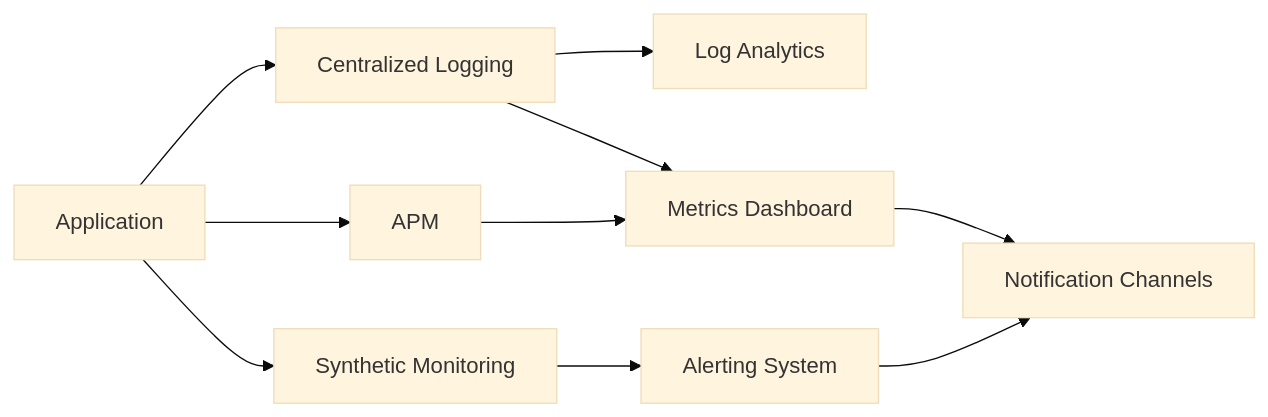
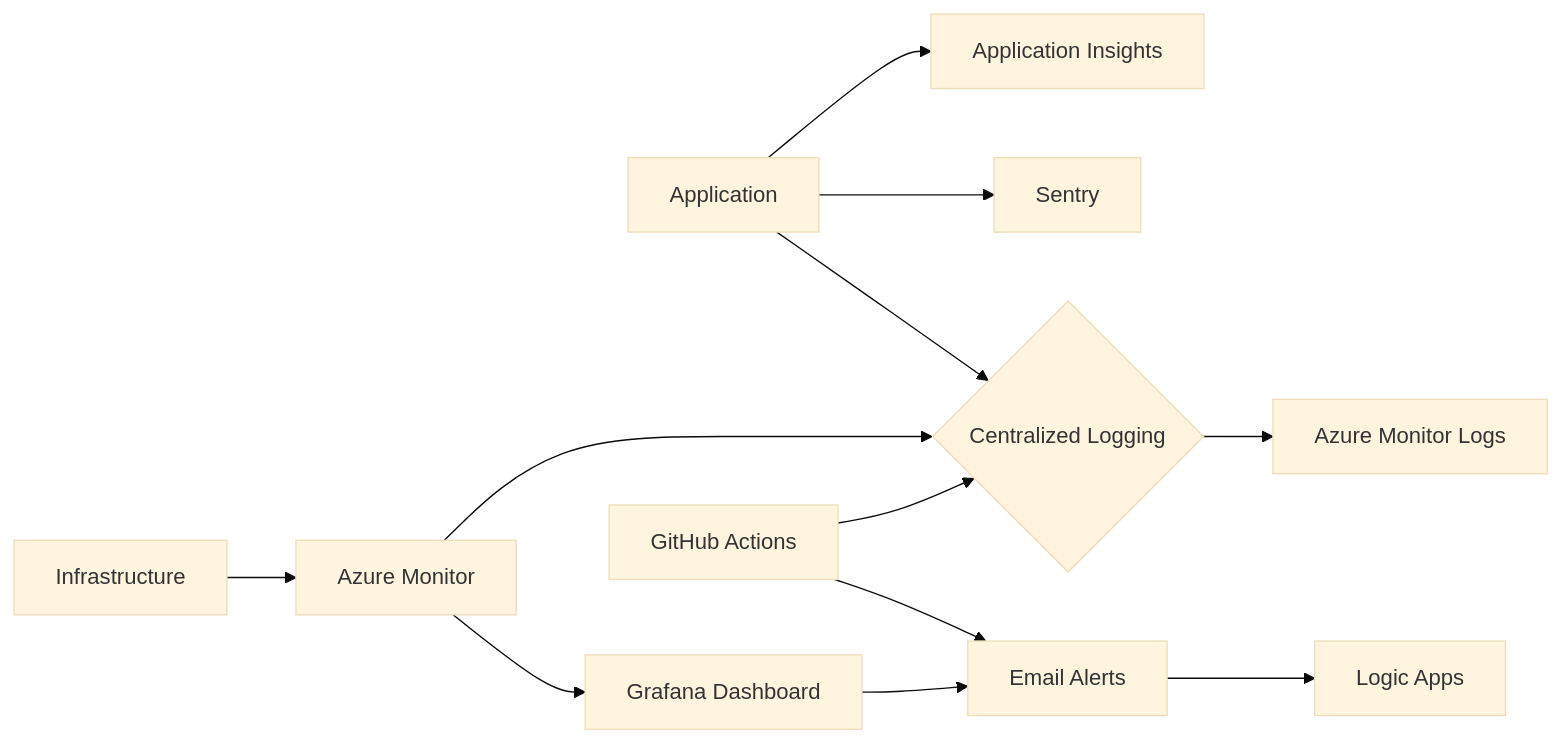
One commit to deepakgarg1986/MultiAgent changed the diagram in docs/monitoring/overview.md. Above: the diagram before and after it, drawn with Mermaid (base theme). The commit also changed other lines of this file and 4 other files, not shown here.

````diff
--- a/docs/monitoring/overview.md
+++ b/docs/monitoring/overview.md
@@ -64,12 +60,14 @@
 ```mermaid
 graph LR
-    A[Application] --> B[APM];
-    A --> C[Centralized Logging];
-    C --> D[Log Analytics];
-    B --> E[Metrics Dashboard];
-    C --> E;
-    A --> F[Synthetic Monitoring];
-    F --> G[Alerting System];
-    G --> H[Notification Channels];
-    E --> H;
+    A[Application] --> B[Application Insights];
+    A --> C[Sentry];
+    A --> D{Centralized Logging};
+    D --> E[Azure Monitor Logs];
+    F[Infrastructure] --> G[Azure Monitor];
+    G --> D;
+    G --> H[Grafana Dashboard];
+    I[GitHub Actions] --> D;
+    I --> J[Email Alerts];
+    J --> K[Logic Apps];
+    H --> J;
 ```
````
